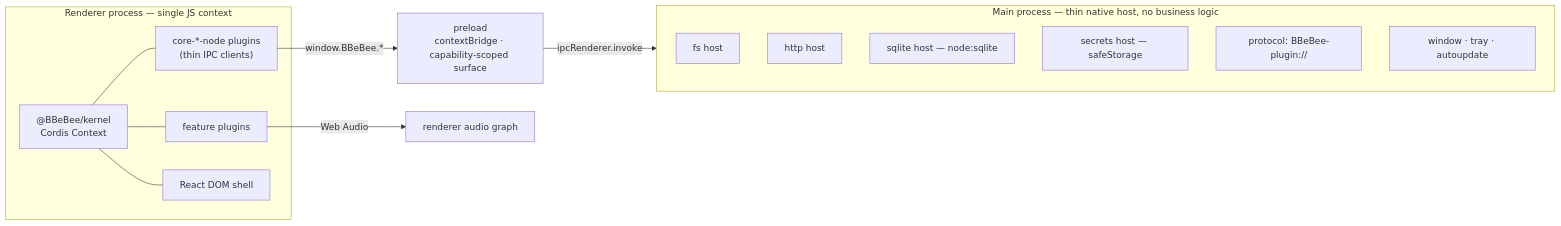
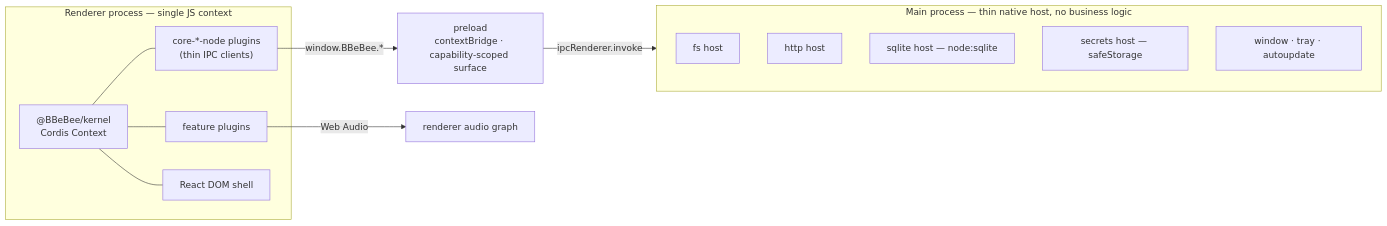
One commit to BBeBeeX/B_Be_Bee_X changed the third of 4 diagrams in docs/02-architecture.md. Above: the diagram before and after it, drawn with Mermaid. The commit also changed other lines of this file and 11 other files, not shown here.

First line of the commit message:
Refine M1 roadmap and documentation for music sources

````diff
--- a/docs/02-architecture.md
+++ b/docs/02-architecture.md
@@ -116,24 +116,23 @@
 ```mermaid
 flowchart LR
     subgraph Renderer["Renderer process — single JS context"]
         KD["@BBeBee/kernel<br/>Cordis Context"]
         CD["core-*-node plugins<br/>(thin IPC clients)"]
         FD["feature plugins"]
         UD["React DOM shell"]
         KD --- CD
         KD --- FD
         KD --- UD
     end
     PRE["preload<br/>contextBridge · capability-scoped surface"]
     subgraph Main["Main process — thin native host, no business logic"]
         H1["fs host"]
         H2["http host"]
         H3["sqlite host — node:sqlite"]
         H4["secrets host — safeStorage"]
-        H5["protocol: BBeBee-plugin://"]
-        H6["window · tray · autoupdate"]
+        H5["window · tray · autoupdate"]
     end
     CD -->|window.BBeBee.*| PRE
     PRE -->|ipcRenderer.invoke| Main
     FD -->|Web Audio| WA["renderer audio graph"]
 ```
````
